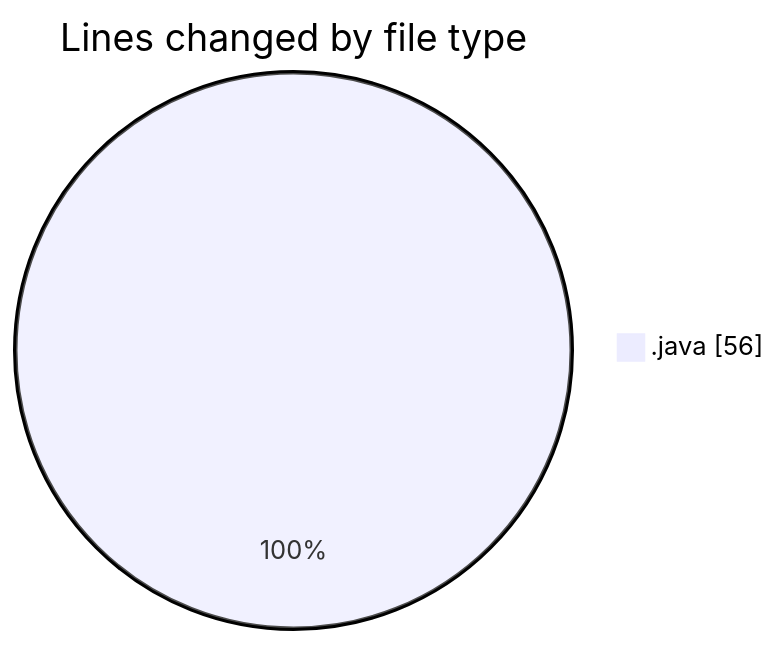
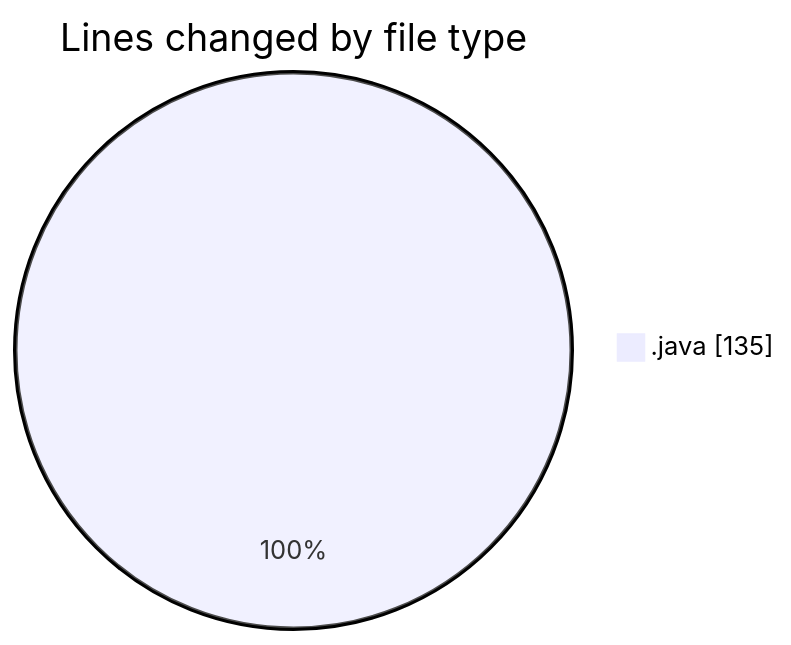
One commit to NitaiMahat/code-tracking changed the first of 2 diagrams in 2025-04-28/startfiles__5_/README.md. Above: the diagram before and after it, drawn with Mermaid. The commit also changed other lines of this file and 1 other file, not shown here.

````diff
--- a/2025-04-28/startfiles__5_/README.md
+++ b/2025-04-28/startfiles__5_/README.md
@@ -20,5 +20,5 @@
 ```mermaid
 pie showData
 title Lines changed by file type
-".java" : 56
+".java" : 135
 ```
````
